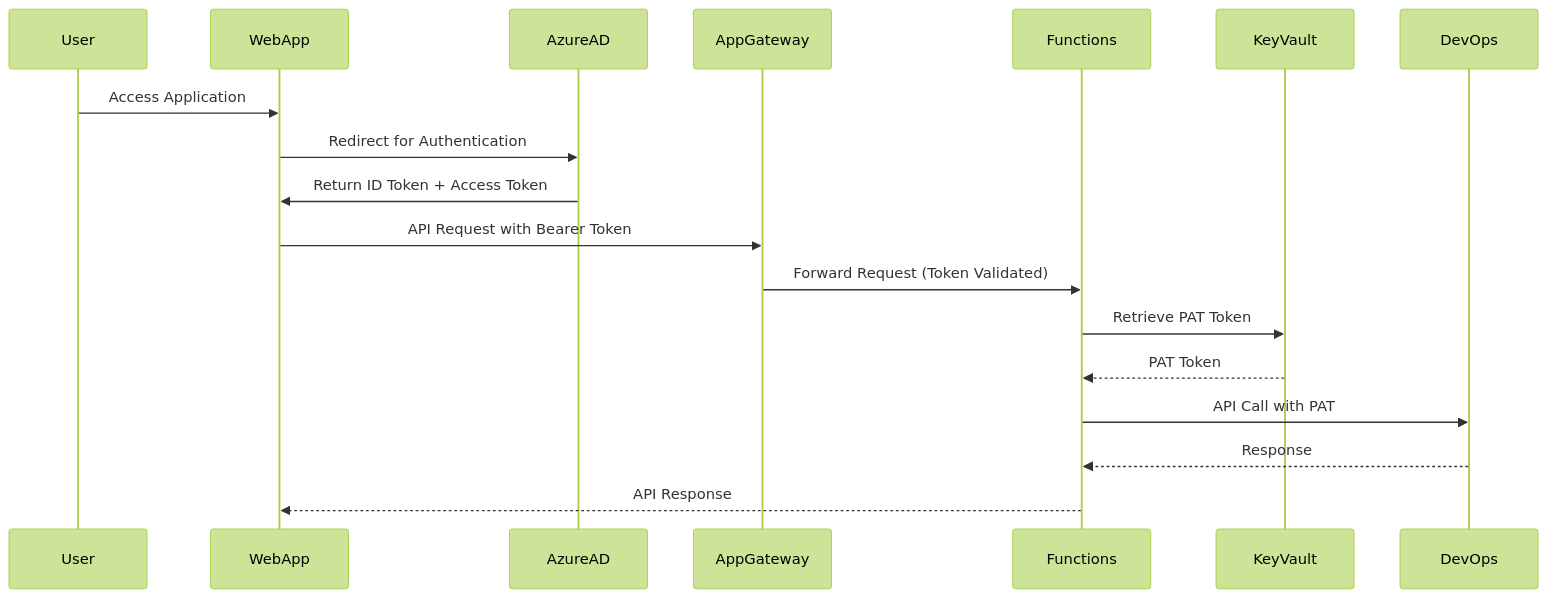
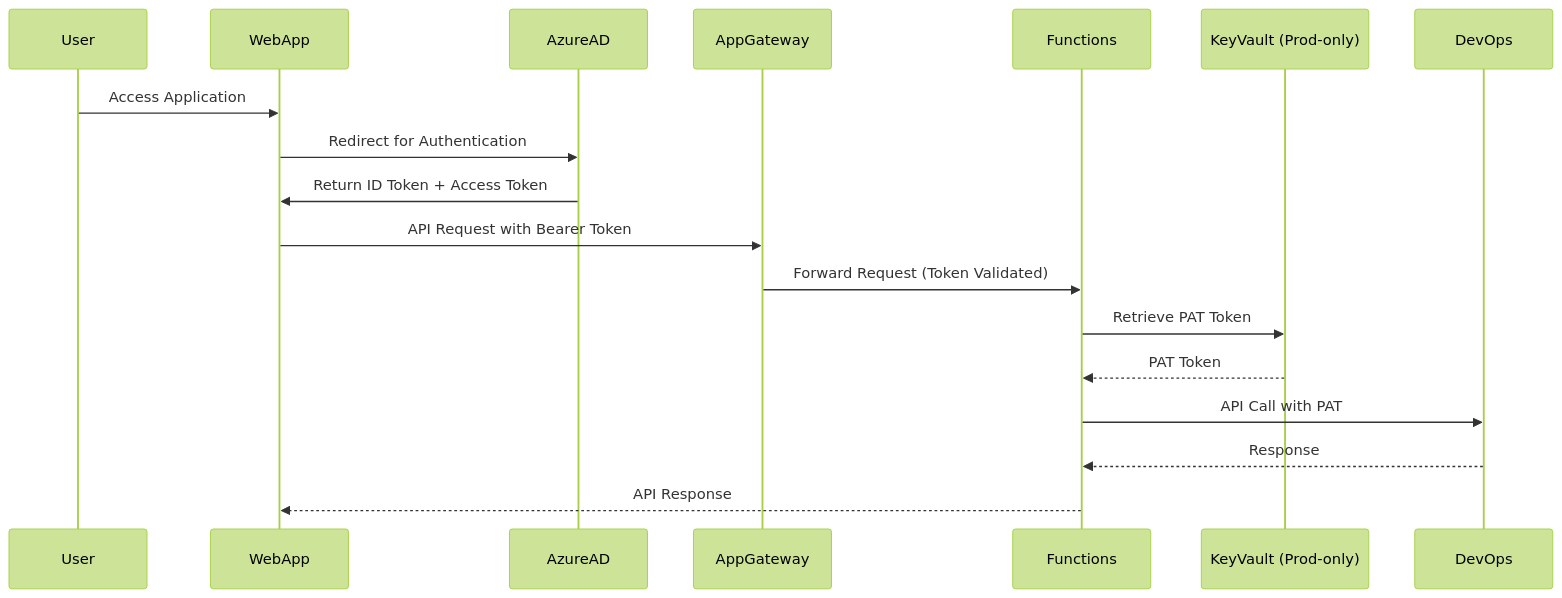
The second of 2 diagrams in Technical_Architecture_Document.md (RichardWareing/SmallDevRequests), drawn with Mermaid (forest theme) before and after one commit. The commit also changed other lines of this file and 7 other files, not shown here.

````diff
--- a/Technical_Architecture_Document.md
+++ b/Technical_Architecture_Document.md
@@ -765,21 +765,21 @@
 ```mermaid
 sequenceDiagram
     participant User
     participant WebApp
     participant AzureAD
     participant AppGateway
     participant Functions
-    participant KeyVault
+    participant KeyVault (Prod-only)
     participant DevOps
 
     User->>WebApp: Access Application
     WebApp->>AzureAD: Redirect for Authentication
     AzureAD->>WebApp: Return ID Token + Access Token
     WebApp->>AppGateway: API Request with Bearer Token
     AppGateway->>Functions: Forward Request (Token Validated)
-    Functions->>KeyVault: Retrieve PAT Token
-    KeyVault-->>Functions: PAT Token
+    Functions->>KeyVault (Prod-only): Retrieve PAT Token
+    KeyVault (Prod-only)-->>Functions: PAT Token
     Functions->>DevOps: API Call with PAT
     DevOps-->>Functions: Response
     Functions-->>WebApp: API Response
 ```
````
